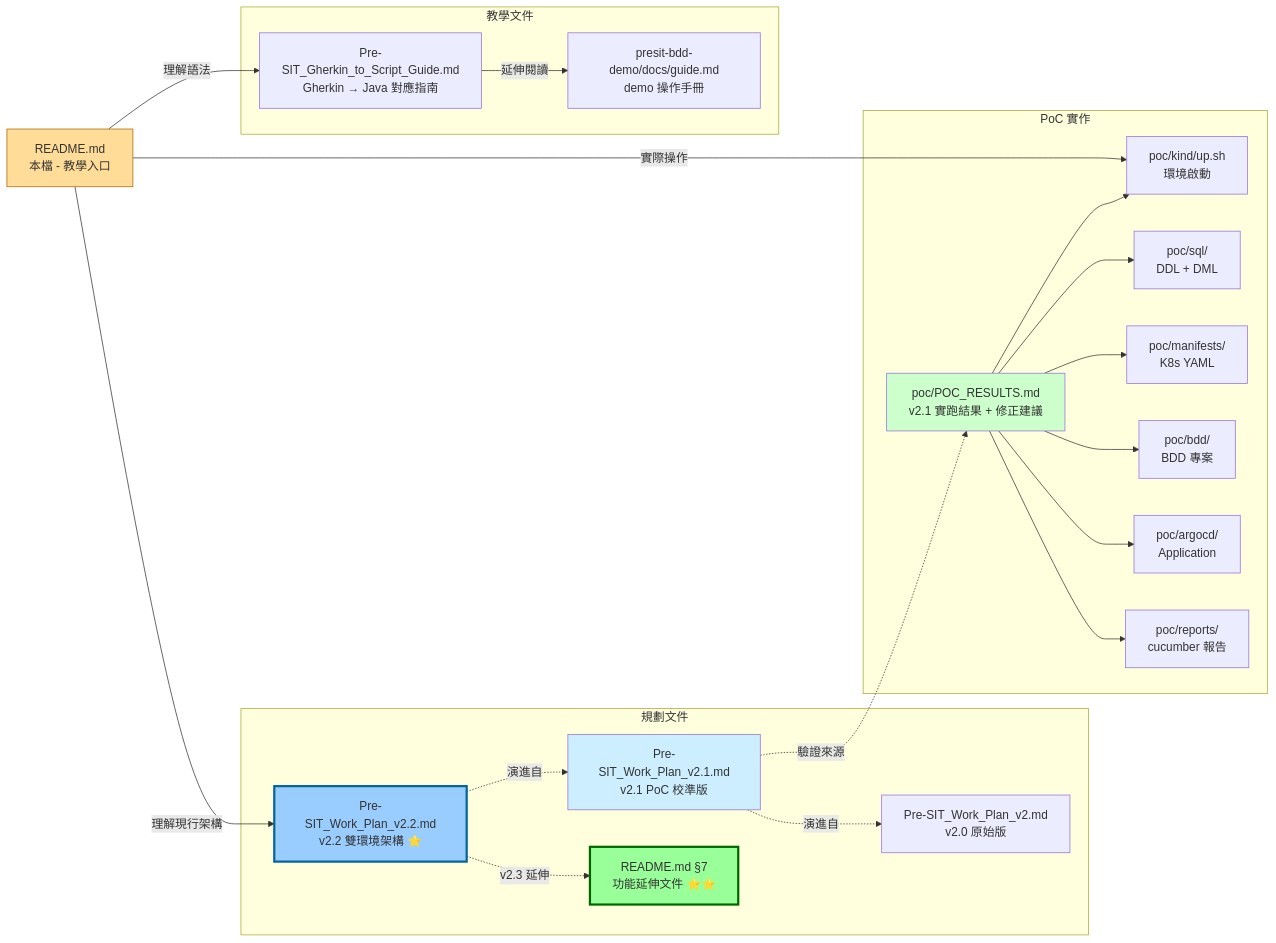
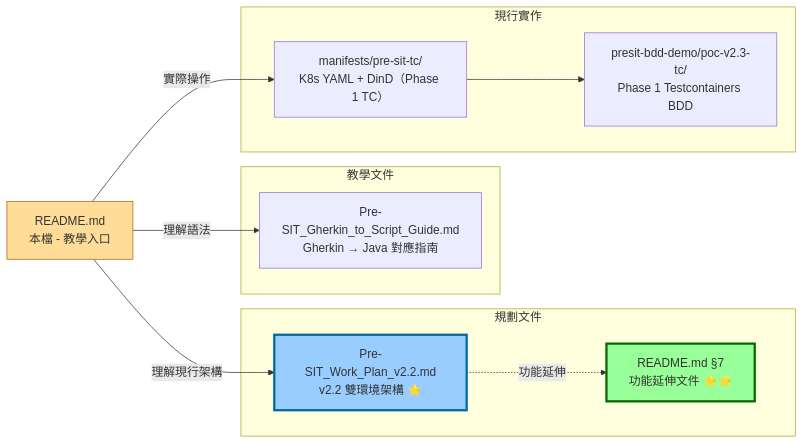
One commit to ChunPingWang/pre-site-tutorial changed the third of 16 diagrams in README.md. Above: the diagram before and after it, drawn with Mermaid. The commit also changed other lines of this file, not shown here.

Commit message:
docs(readme): §2 移除舊版文件引用、修正 §7.5 標題與錨點
- Mermaid 圖：移除 v2.0/v2.1 節點，改為展示現行實作（poc-v2.3-tc + DinD）
- 文件導覽表：移除 v2.1/v2.0 計畫書、v2.0 demo guide、v2.1 poc/ 條目
- PoC 驗證：改指向 poc-v2.3-tc/（Phase 1 Testcontainers 驗證分支主角）
- §2.1 情境表：移除過時情境，新增「快速跑通 Testcontainers Phase 1」
- §7.2 TOC：移除「（v2.1）」標籤
- §7.5 標題：移除「Stage C：」前綴
- 修正過時錨點 #711-argo-workflows-pipeline-orchestrator → #711-argo-workflows取代-jenkins
- §8.1：重新整理為 presit-bdd-demo/ 目錄對照表，poc-v2.3-tc 置頂

````diff
--- a/README.md
+++ b/README.md
@@ -107,47 +107,28 @@
 ```mermaid
 graph LR
     R[README.md<br/>本檔 - 教學入口]
 
     subgraph 規劃文件
-        P1[Pre-SIT_Work_Plan_v2.md<br/>v2.0 原始版]
-        P2[Pre-SIT_Work_Plan_v2.1.md<br/>v2.1 PoC 校準版]
         P3[Pre-SIT_Work_Plan_v2.2.md<br/>v2.2 雙環境架構 ⭐]
         P4[README.md §7<br/>功能延伸文件 ⭐⭐]
     end
 
     subgraph 教學文件
         G[Pre-SIT_Gherkin_to_Script_Guide.md<br/>Gherkin → Java 對應指南]
-        DG[presit-bdd-demo/docs/guide.md<br/>demo 操作手冊]
     end
 
-    subgraph PoC 實作
-        PR[poc/POC_RESULTS.md<br/>v2.1 實跑結果 + 修正建議]
-        K[poc/kind/up.sh<br/>環境啟動]
-        SQL[poc/sql/<br/>DDL + DML]
-        M[poc/manifests/<br/>K8s YAML]
-        BDD[poc/bdd/<br/>BDD 專案]
-        A[poc/argocd/<br/>Application]
-        REP[poc/reports/<br/>cucumber 報告]
+    subgraph 現行實作
+        M[manifests/pre-sit-tc/<br/>K8s YAML + DinD（Phase 1 TC）]
+        BDD[presit-bdd-demo/poc-v2.3-tc/<br/>Phase 1 Testcontainers BDD]
     end
 
     R -->|理解現行架構| P3
-    P3 -.->|v2.3 延伸| P4
+    P3 -.->|功能延伸| P4
     R -->|理解語法| G
-    R -->|實際操作| K
-    P3 -.演進自.-> P2
-    P2 -.演進自.-> P1
-    P2 -.驗證來源.-> PR
-    G -->|延伸閱讀| DG
-    PR --> K
-    PR --> SQL
-    PR --> M
-    PR --> BDD
-    PR --> A
-    PR --> REP
+    R -->|實際操作| M
+    M --> BDD
 
     style R fill:#fd9,stroke:#a60
     style P3 fill:#9cf,stroke:#069,stroke-width:3px
-    style P2 fill:#cef
-    style PR fill:#cfc
     style P4 fill:#9f9,stroke:#060,stroke-width:3px
 ```
````
